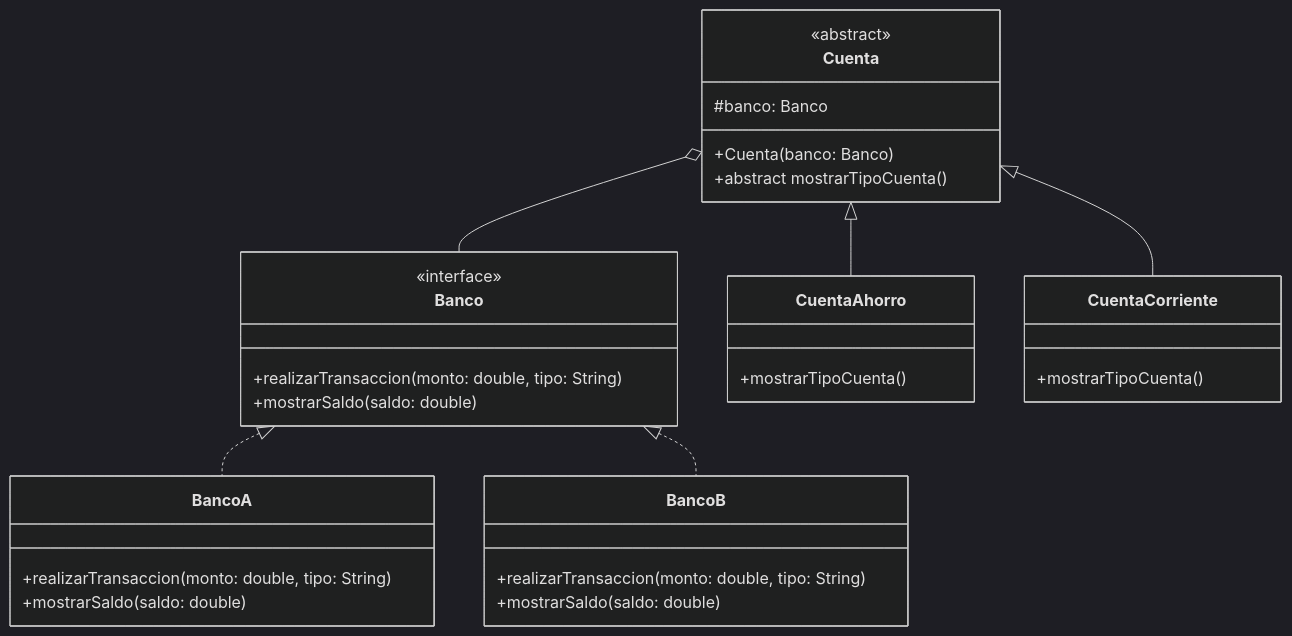
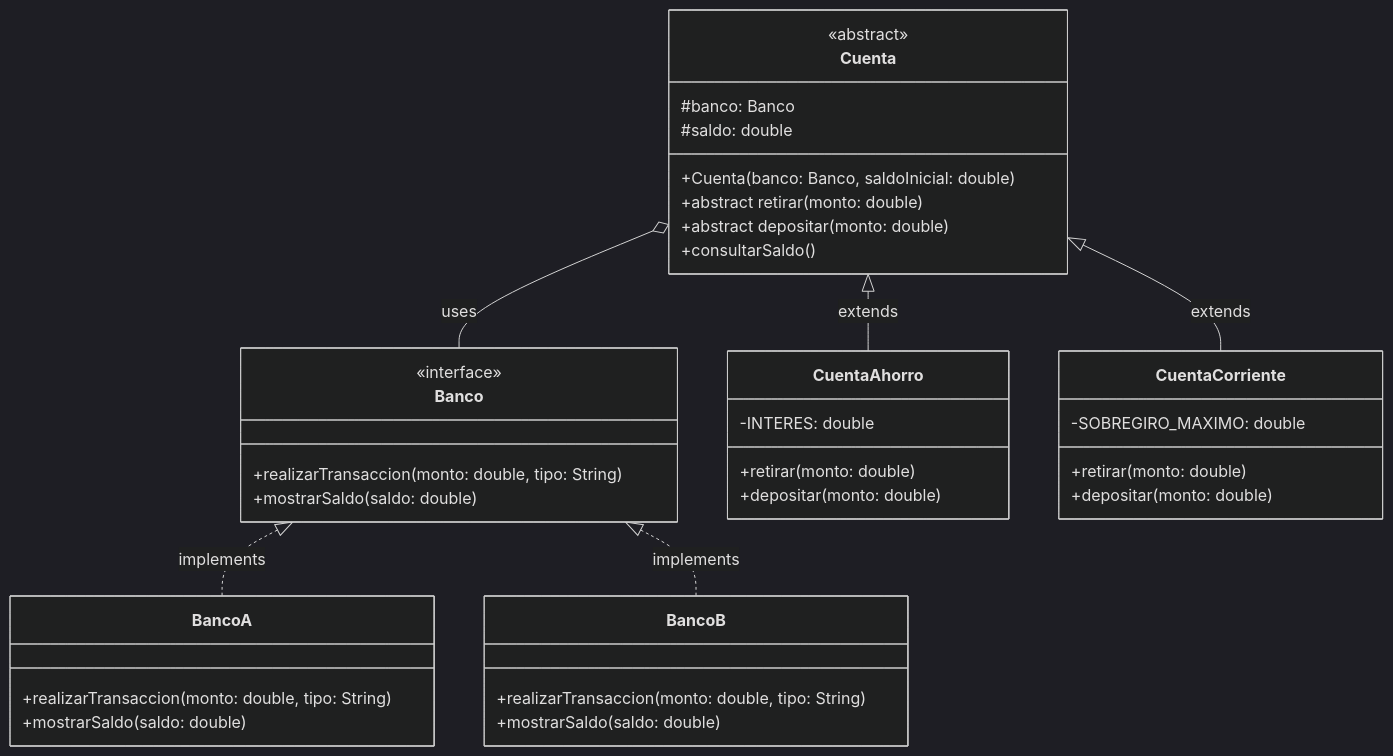
The diagram in src/main/java/com/codeandapps/structurals/bridge/README.md (juantonguino/desing-patterns), drawn with Mermaid (dark theme) before and after one commit. The commit also changed other lines of this file, not shown here.

````diff
--- a/src/main/java/com/codeandapps/structurals/bridge/README.md
+++ b/src/main/java/com/codeandapps/structurals/bridge/README.md
@@ -3,34 +28,41 @@
 ```mermaid
 classDiagram
     class Banco {
         <<interface>>
         +realizarTransaccion(monto: double, tipo: String)
         +mostrarSaldo(saldo: double)
     }
     class BancoA {
         +realizarTransaccion(monto: double, tipo: String)
         +mostrarSaldo(saldo: double)
     }
     class BancoB {
         +realizarTransaccion(monto: double, tipo: String)
         +mostrarSaldo(saldo: double)
     }
     class Cuenta {
         <<abstract>>
         #banco: Banco
-        +Cuenta(banco: Banco)
-        +abstract mostrarTipoCuenta()
+        #saldo: double
+        +Cuenta(banco: Banco, saldoInicial: double)
+        +abstract retirar(monto: double)
+        +abstract depositar(monto: double)
+        +consultarSaldo()
     }
     class CuentaAhorro {
-        +mostrarTipoCuenta()
+        -INTERES: double
+        +retirar(monto: double)
+        +depositar(monto: double)
     }
     class CuentaCorriente {
-        +mostrarTipoCuenta()
+        -SOBREGIRO_MAXIMO: double
+        +retirar(monto: double)
+        +depositar(monto: double)
     }
 
-    Banco <|.. BancoA
-    Banco <|.. BancoB
-    Cuenta <|-- CuentaAhorro
-    Cuenta <|-- CuentaCorriente
-    Cuenta o-- Banco
+    Banco <|.. BancoA : implements
+    Banco <|.. BancoB : implements
+    Cuenta <|-- CuentaAhorro : extends
+    Cuenta <|-- CuentaCorriente : extends
+    Cuenta o-- Banco : uses
 ```
````
